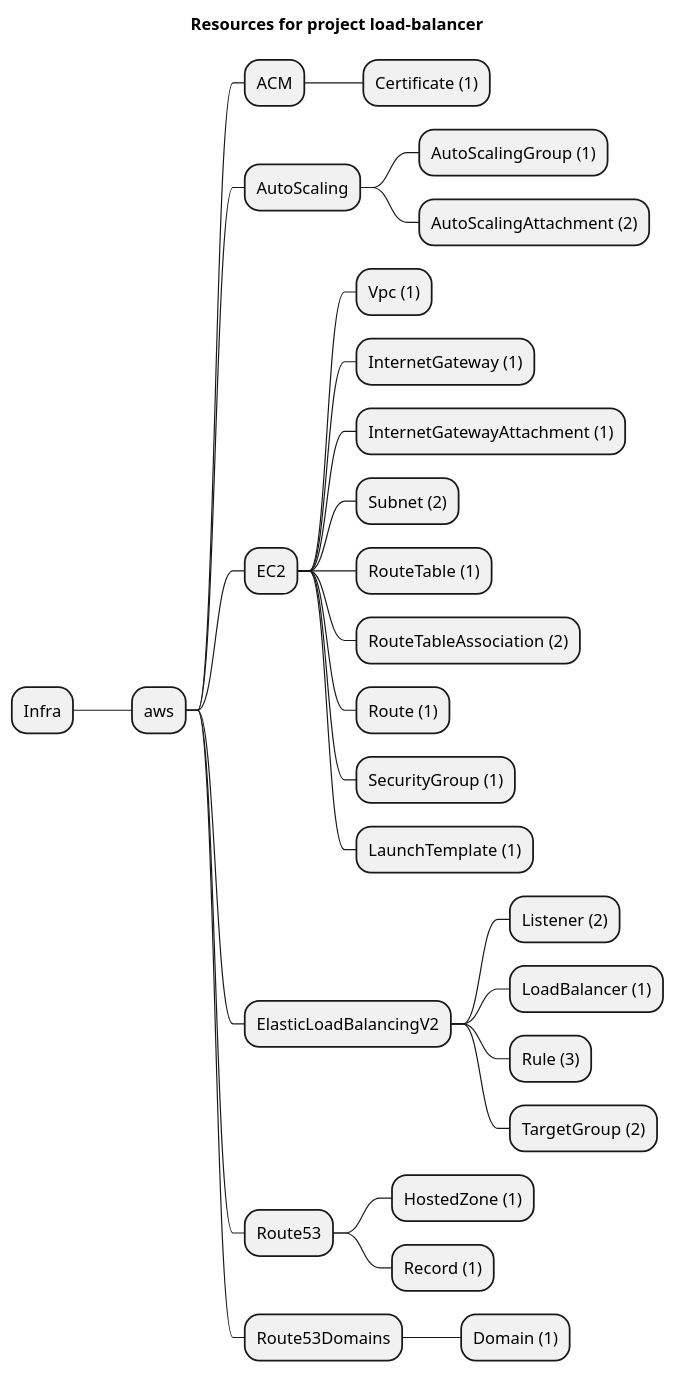
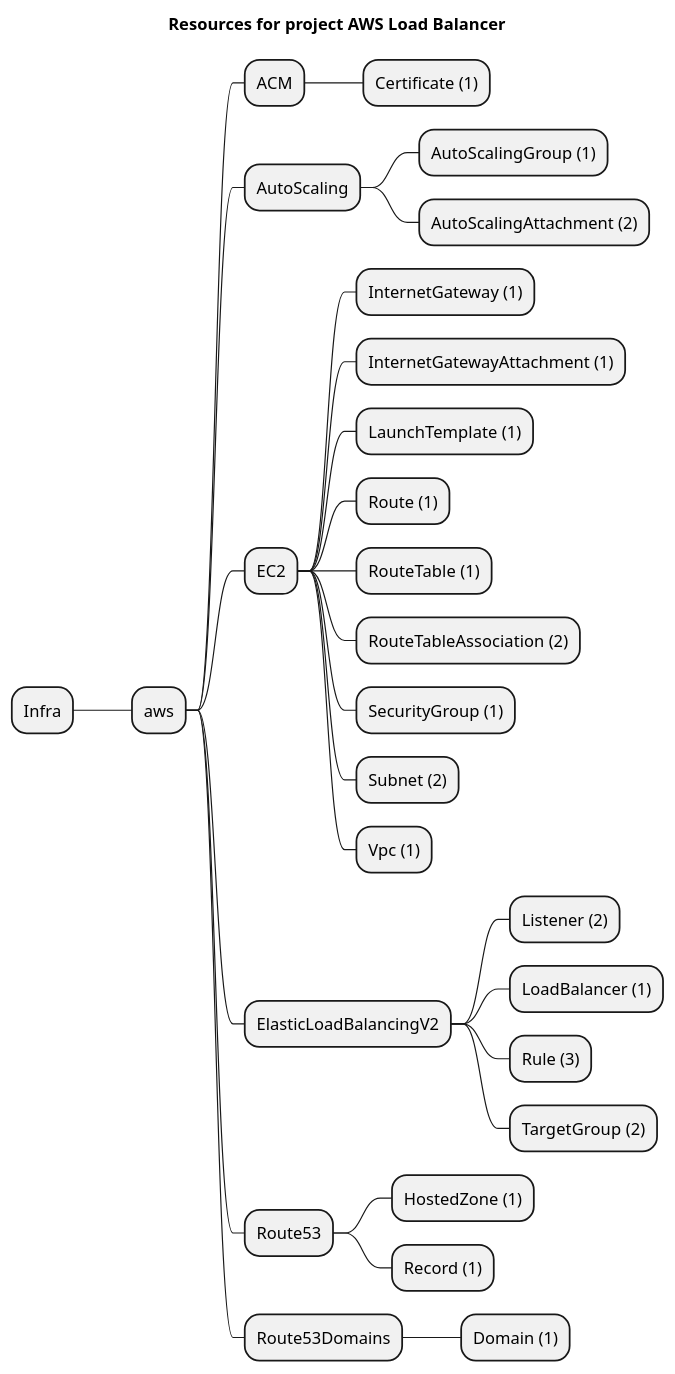
One commit to grucloud/grucloud changed the diagram in examples/aws/ElasticLoadBalancingV2/load-balancer/artifacts/resources-mindmap.puml. Above: the diagram before and after it, drawn with PlantUML. The commit also changed 49 other files, not shown here.

Commit message:
EC2VpcEndpointService LoadBalancer fixes

```diff
--- a/examples/aws/ElasticLoadBalancingV2/load-balancer/artifacts/resources-mindmap.puml
+++ b/examples/aws/ElasticLoadBalancingV2/load-balancer/artifacts/resources-mindmap.puml
@@ -1,31 +1,31 @@
 @startmindmap
-title Resources for project load-balancer
+title Resources for project AWS Load Balancer
 skinparam monochrome true
 + Infra
 ++ aws
 +++ ACM
 ++++ Certificate (1)
 +++ AutoScaling
 ++++ AutoScalingGroup (1)
 ++++ AutoScalingAttachment (2)
 +++ EC2
-++++ Vpc (1)
 ++++ InternetGateway (1)
 ++++ InternetGatewayAttachment (1)
-++++ Subnet (2)
+++++ LaunchTemplate (1)
+++++ Route (1)
 ++++ RouteTable (1)
 ++++ RouteTableAssociation (2)
-++++ Route (1)
 ++++ SecurityGroup (1)
-++++ LaunchTemplate (1)
+++++ Subnet (2)
+++++ Vpc (1)
 +++ ElasticLoadBalancingV2
 ++++ Listener (2)
 ++++ LoadBalancer (1)
 ++++ Rule (3)
 ++++ TargetGroup (2)
 +++ Route53
 ++++ HostedZone (1)
 ++++ Record (1)
 +++ Route53Domains
 ++++ Domain (1)
 @endmindmap
```
